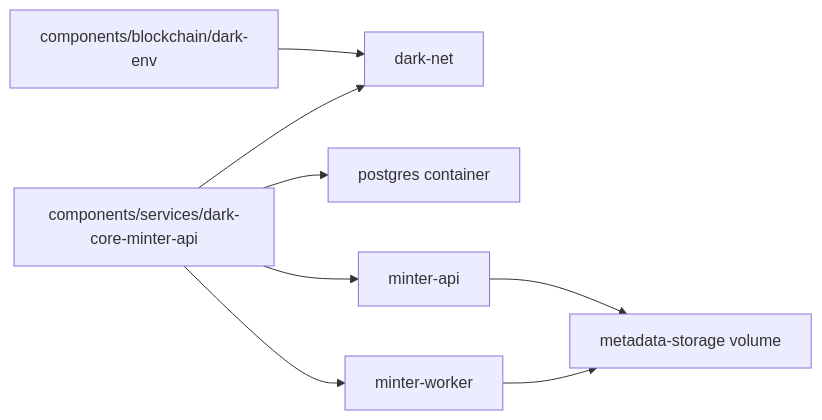
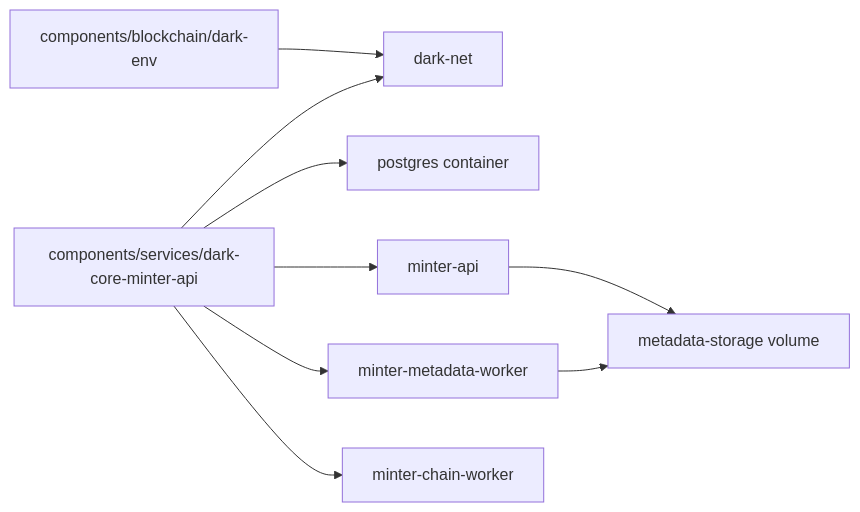
One commit to LA-Referencia-IOI/dark-core-minter-api changed diagram 12 of 12 in minter-architecture.md. Above: the diagram before and after it, drawn with Mermaid. The commit also changed other lines of this file and 42 other files, not shown here.

First line of the commit message:
Split workers for metadata and chain publishing

````diff
--- a/minter-architecture.md
+++ b/minter-architecture.md
@@ -490,10 +568,11 @@
 ```mermaid
 flowchart LR
     ENV["components/blockchain/dark-env"] --> NET["dark-net"]
     MINTER["components/services/dark-core-minter-api"] --> NET
     MINTER --> PG["postgres container"]
     MINTER --> API["minter-api"]
-    MINTER --> W["minter-worker"]
+    MINTER --> MW["minter-metadata-worker"]
+    MINTER --> CW["minter-chain-worker"]
     API --> VOL["metadata-storage volume"]
-    W --> VOL
+    MW --> VOL
 ```
````
